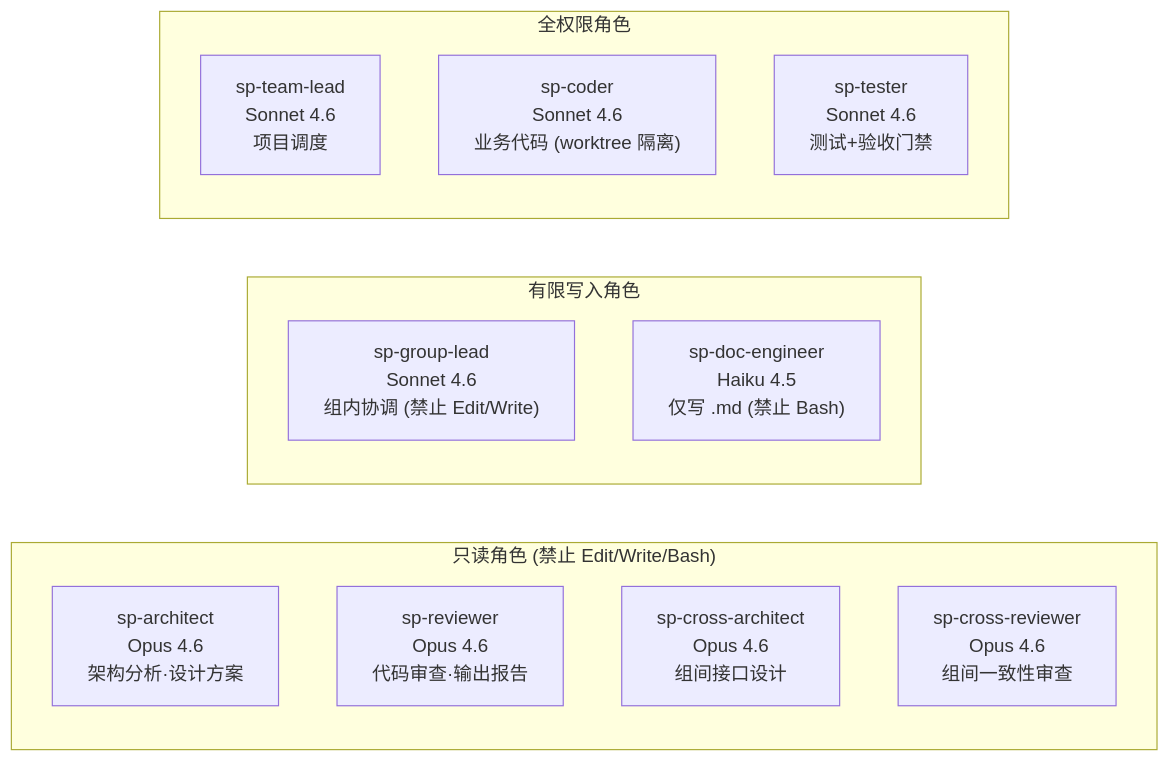
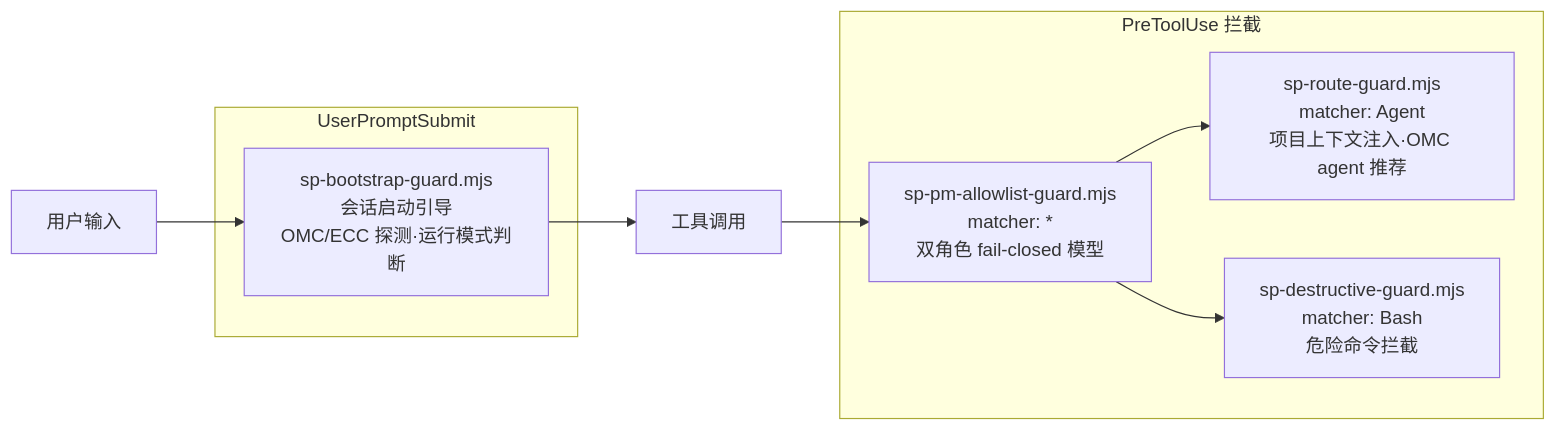
The second of 4 diagrams in docs/sp-capability-map.md (stpyx946/sp-governance), drawn with Mermaid before and after one commit. The commit also changed other lines of this file and 44 other files, not shown here.

First line of the commit message:
feat: SP Governance v9.0.0-rc.1 — three-layer architecture + OMC/ECC integration

````diff
--- a/docs/sp-capability-map.md
+++ b/docs/sp-capability-map.md
@@ -58,20 +71,18 @@
 ```mermaid
 flowchart LR
-    subgraph 只读分析["只读角色 (禁止 Edit/Write/Bash)"]
-        AR["sp-architect<br/>Opus 4.6<br/>架构分析·设计方案"]
-        RV["sp-reviewer<br/>Opus 4.6<br/>代码审查·输出报告"]
-        CA["sp-cross-architect<br/>Opus 4.6<br/>组间接口设计"]
-        CR["sp-cross-reviewer<br/>Opus 4.6<br/>组间一致性审查"]
+    subgraph UserPromptSubmit
+        H1["sp-bootstrap-guard.mjs<br/>会话启动引导<br/>OMC/ECC 探测·运行模式判断"]
     end
 
-    subgraph 有限写入["有限写入角色"]
-        GL["sp-group-lead<br/>Sonnet 4.6<br/>组内协调 (禁止 Edit/Write)"]
-        DE["sp-doc-engineer<br/>Haiku 4.5<br/>仅写 .md (禁止 Bash)"]
+    subgraph PreToolUse["PreToolUse 拦截"]
+        H2["sp-pm-allowlist-guard.mjs<br/>matcher: *<br/>双角色 fail-closed 模型"]
+        H3["sp-route-guard.mjs<br/>matcher: Agent<br/>项目上下文注入·OMC agent 推荐"]
+        H4["sp-destructive-guard.mjs<br/>matcher: Bash<br/>危险命令拦截"]
     end
 
-    subgraph 全权限["全权限角色"]
-        TL["sp-team-lead<br/>Sonnet 4.6<br/>项目调度"]
-        CD["sp-coder<br/>Sonnet 4.6<br/>业务代码 (worktree 隔离)"]
-        TS["sp-tester<br/>Sonnet 4.6<br/>测试+验收门禁"]
-    end
+    UserInput["用户输入"] --> H1
+    H1 --> ToolCall["工具调用"]
+    ToolCall --> H2
+    H2 --> H3
+    H2 --> H4
 ```
````
